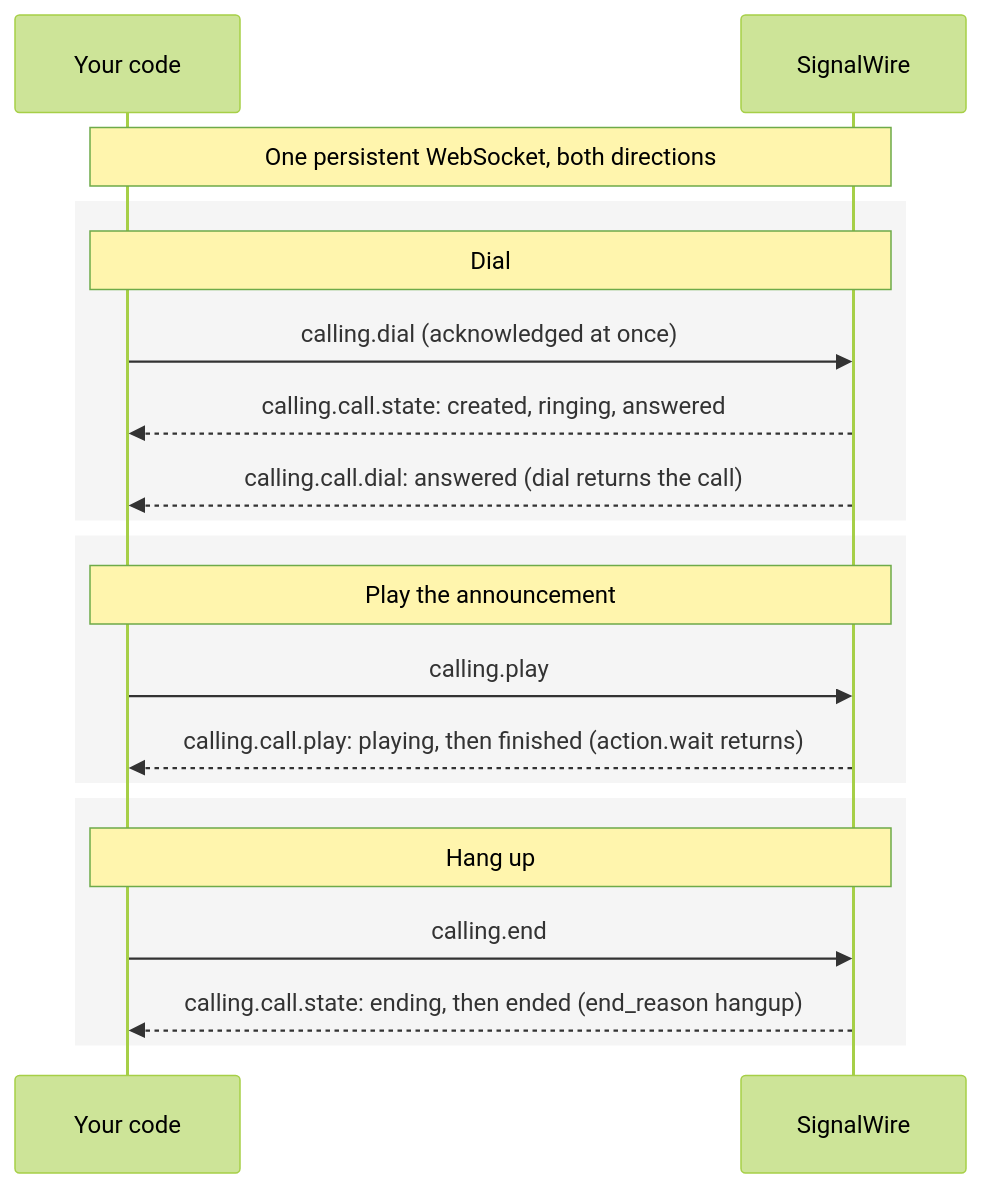
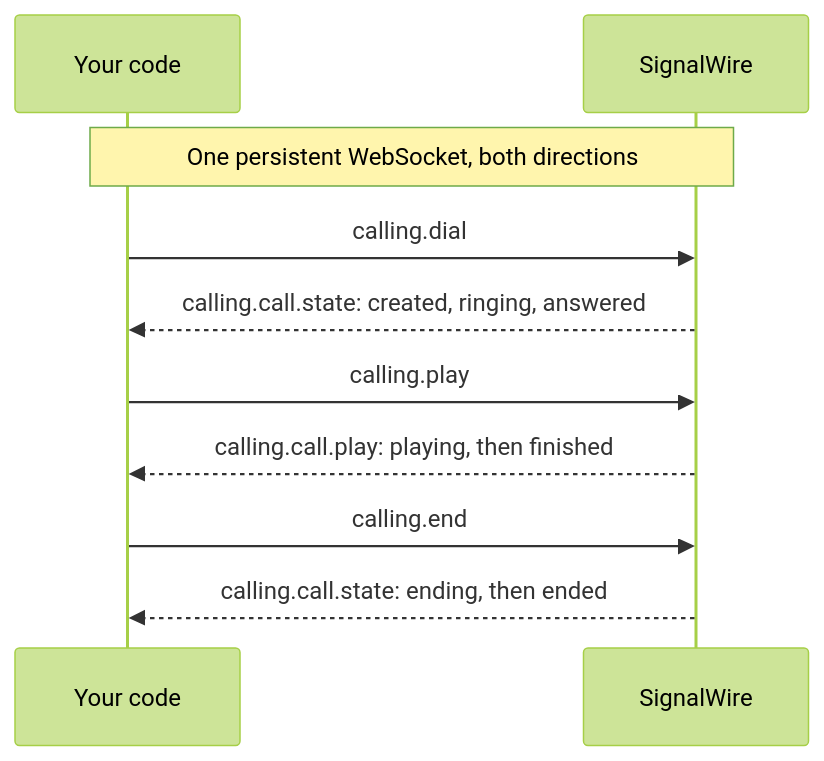
The second of 2 diagrams in fern/products/platform/pages/calling/voice/outbound-calling.mdx (signalwire/docs), drawn with Mermaid (forest theme) before and after one commit. The commit also changed other lines of this file and 1 other file, not shown here.

Commit message:
docs: simplify outbound Relay lifecycle diagram

````diff
--- a/fern/products/platform/pages/calling/voice/outbound-calling.mdx
+++ b/fern/products/platform/pages/calling/voice/outbound-calling.mdx
@@ -500,23 +500,13 @@
 ```mermaid
 sequenceDiagram
     participant App as Your code
     participant SW as SignalWire
 
     Note over App,SW: One persistent WebSocket, both directions
-    rect rgba(0,0,0,0.04)
-    Note over App,SW: Dial
-    App->>SW: calling.dial (acknowledged at once)
+    App->>SW: calling.dial
     SW-->>App: calling.call.state: created, ringing, answered
-    SW-->>App: calling.call.dial: answered (dial returns the call)
-    end
-    rect rgba(0,0,0,0.04)
-    Note over App,SW: Play the announcement
     App->>SW: calling.play
-    SW-->>App: calling.call.play: playing, then finished (action.wait returns)
-    end
-    rect rgba(0,0,0,0.04)
-    Note over App,SW: Hang up
+    SW-->>App: calling.call.play: playing, then finished
     App->>SW: calling.end
-    SW-->>App: calling.call.state: ending, then ended (end_reason hangup)
-    end
+    SW-->>App: calling.call.state: ending, then ended
 ```
````
